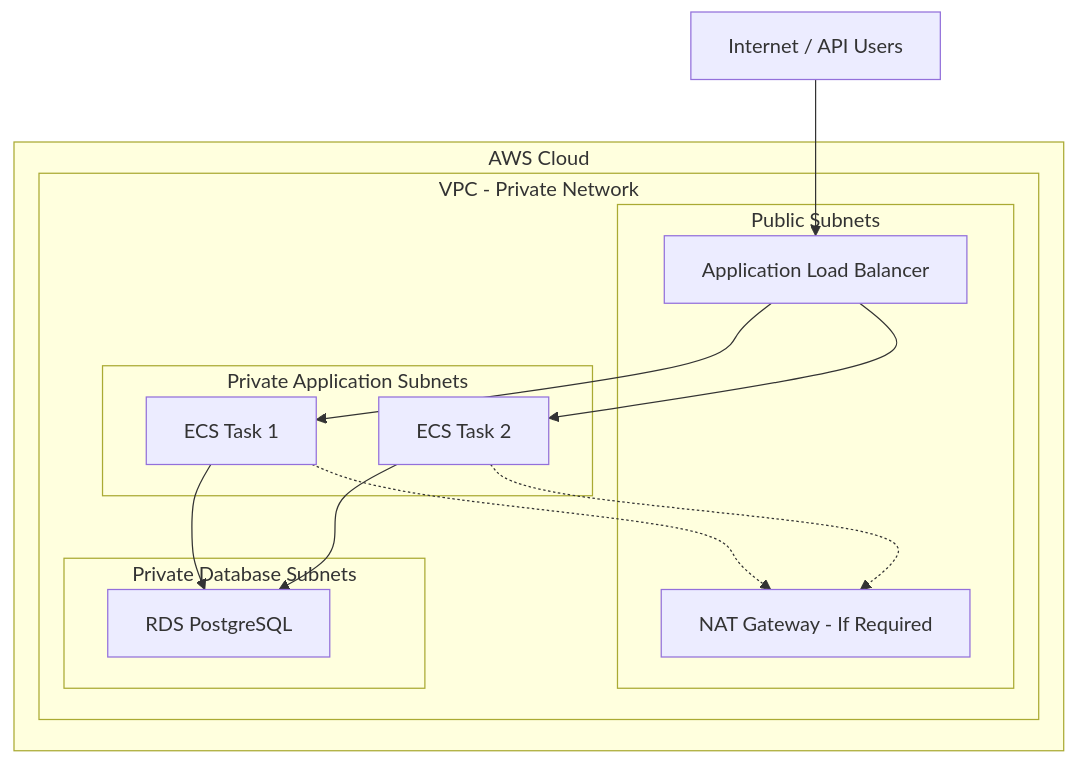
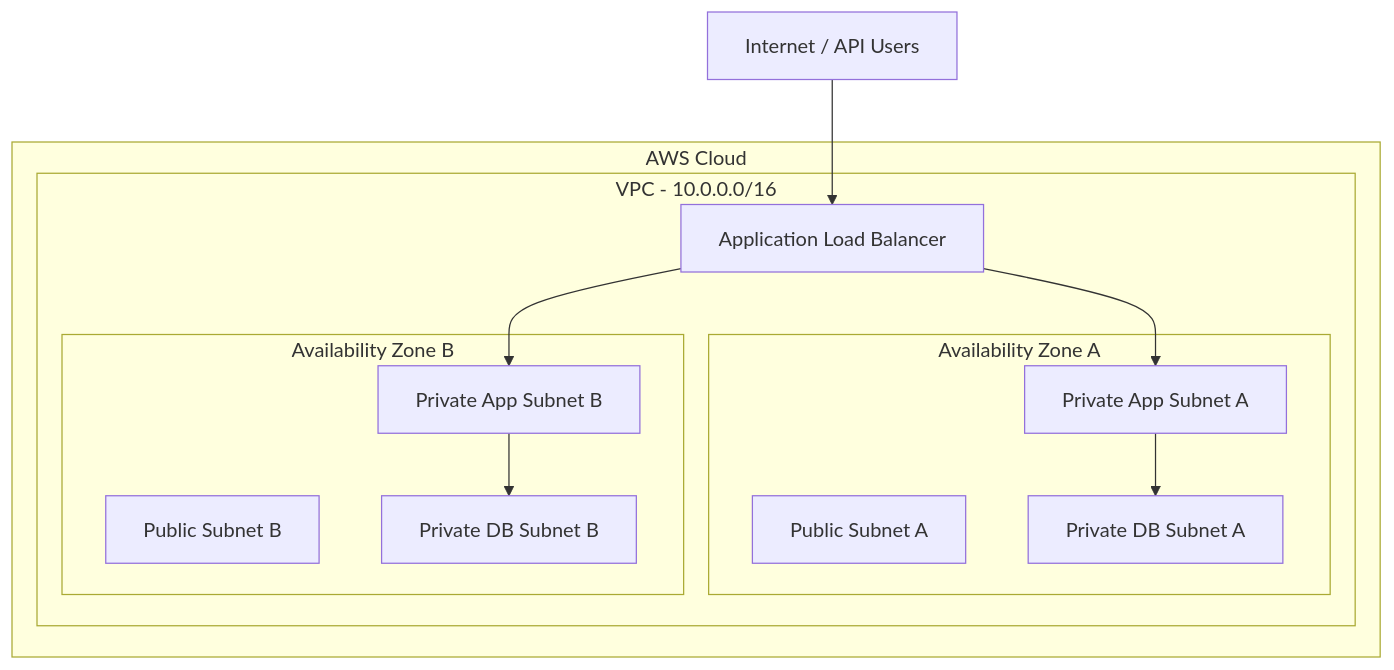
Before and after one commit to shiwanshu97/cloud-native-sessions-api: the second of 5 diagrams in README.md, drawn with Mermaid. The commit also changed other lines of this file and 14 other files, not shown here.

````diff
--- a/README.md
+++ b/README.md
@@ -546,30 +585,29 @@
 ```mermaid
 flowchart TB
     Internet["Internet / API Users"]
 
     subgraph AWS["AWS Cloud"]
-        subgraph VPC["VPC - Private Network"]
-            subgraph Public["Public Subnets"]
-                ALB["Application Load Balancer"]
-                NAT["NAT Gateway - If Required"]
+        subgraph VPC["VPC - 10.0.0.0/16"]
+            ALB["Application Load Balancer"]
+
+            subgraph AZA["Availability Zone A"]
+                PA["Public Subnet A"]
+                AA["Private App Subnet A"]
+                DA["Private DB Subnet A"]
             end
 
-            subgraph App["Private Application Subnets"]
-                ECS1["ECS Task 1"]
-                ECS2["ECS Task 2"]
+            subgraph AZB["Availability Zone B"]
+                PB["Public Subnet B"]
+                AB["Private App Subnet B"]
+                DB["Private DB Subnet B"]
             end
 
-            subgraph Database["Private Database Subnets"]
-                RDS["RDS PostgreSQL"]
-            end
+            ALB --> AA
+            ALB --> AB
+            AA --> DA
+            AB --> DB
         end
     end
 
     Internet --> ALB
-    ALB --> ECS1
-    ALB --> ECS2
-    ECS1 --> RDS
-    ECS2 --> RDS
-    ECS1 -.-> NAT
-    ECS2 -.-> NAT
 ```
````
